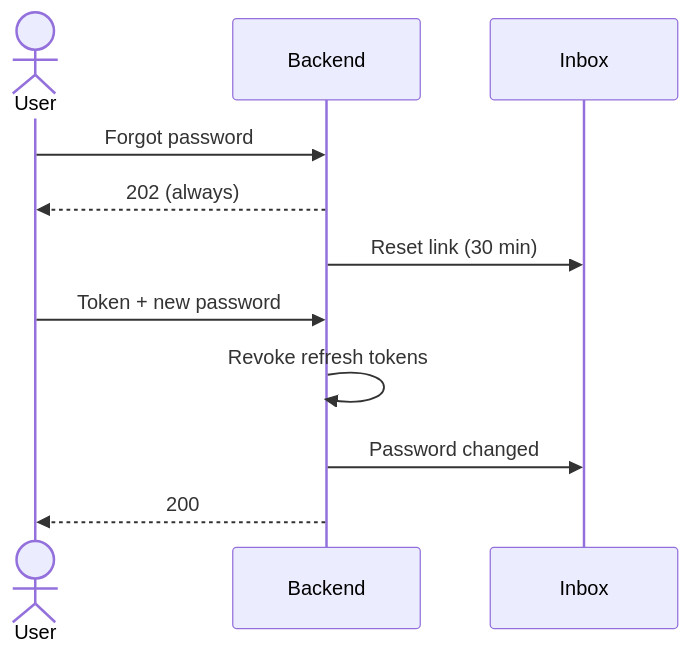
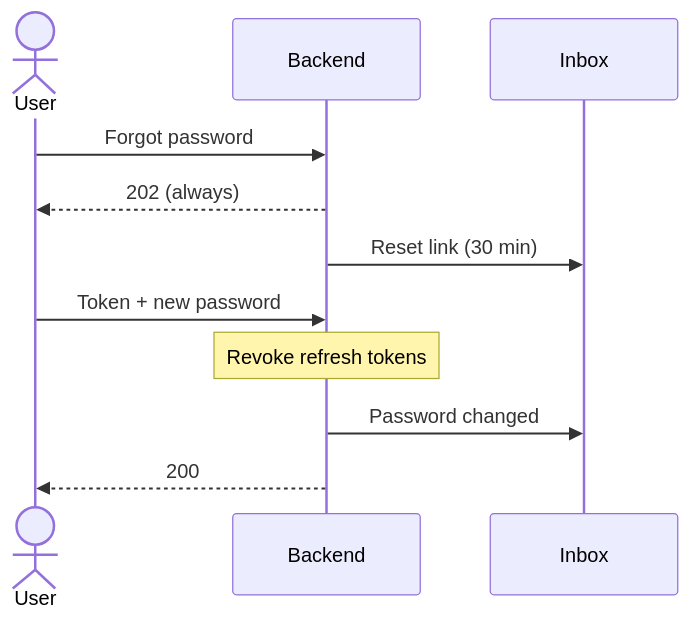
One commit to slawekradzyminski/awesome-localstack changed the fourth of 5 diagrams in docs-site/docs/flows/accounts.md. Above: the diagram before and after it, drawn with Mermaid. The commit also changed 19 other files, not shown here.

First line of the commit message:
Review every wiki diagram by eye and redraw the unclear ones

````diff
--- a/docs-site/docs/flows/accounts.md
+++ b/docs-site/docs/flows/accounts.md
@@ -100,13 +100,13 @@
 ```mermaid
 sequenceDiagram
     actor U as User
     participant B as Backend
     participant M as Inbox
     U->>B: Forgot password
     B-->>U: 202 (always)
     B->>M: Reset link (30 min)
     U->>B: Token + new password
-    B->>B: Revoke refresh tokens
+    Note over B: Revoke refresh tokens
     B->>M: Password changed
     B-->>U: 200
 ```
````
